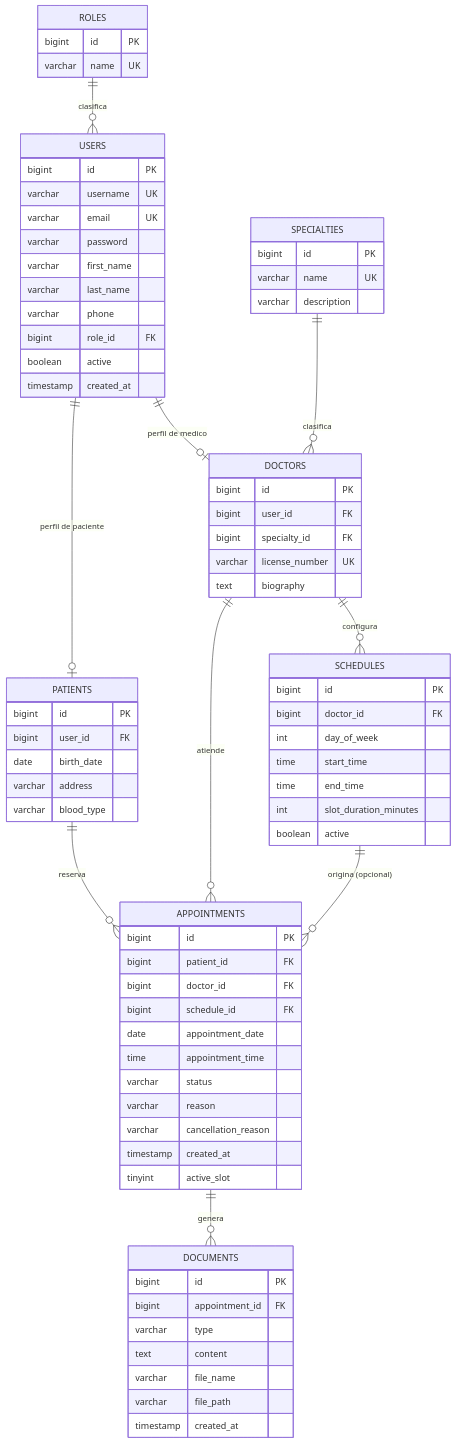
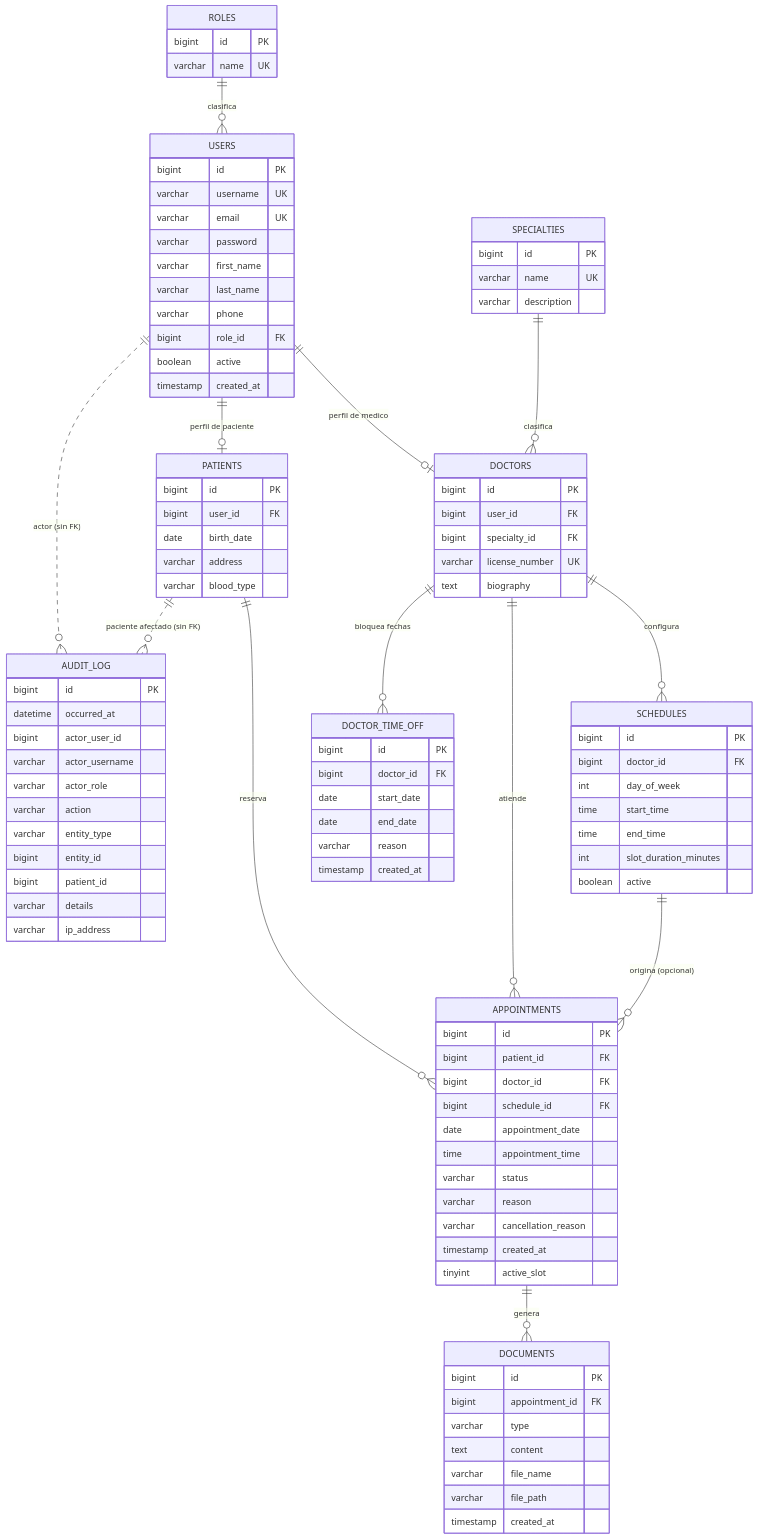
One commit to shernandezr21/UMedical changed the diagram in database/DER.md. Above: the diagram before and after it, drawn with Mermaid. The commit also changed other lines of this file and 77 other files, not shown here.

````diff
--- a/database/DER.md
+++ b/database/DER.md
@@ -17,6 +17,9 @@
     PATIENTS ||--o{ APPOINTMENTS : "reserva"
     SCHEDULES ||--o{ APPOINTMENTS : "origina (opcional)"
     APPOINTMENTS ||--o{ DOCUMENTS : "genera"
+    DOCTORS ||--o{ DOCTOR_TIME_OFF : "bloquea fechas"
+    USERS ||..o{ AUDIT_LOG : "actor (sin FK)"
+    PATIENTS ||..o{ AUDIT_LOG : "paciente afectado (sin FK)"
 
     ROLES {
         bigint id PK
@@ -84,4 +87,25 @@
         varchar file_path
         timestamp created_at
     }
+    DOCTOR_TIME_OFF {
+        bigint id PK
+        bigint doctor_id FK
+        date start_date
+        date end_date
+        varchar reason
+        timestamp created_at
+    }
+    AUDIT_LOG {
+        bigint id PK
+        datetime occurred_at
+        bigint actor_user_id
+        varchar actor_username
+        varchar actor_role
+        varchar action
+        varchar entity_type
+        bigint entity_id
+        bigint patient_id
+        varchar details
+        varchar ip_address
+    }
 ```
````
